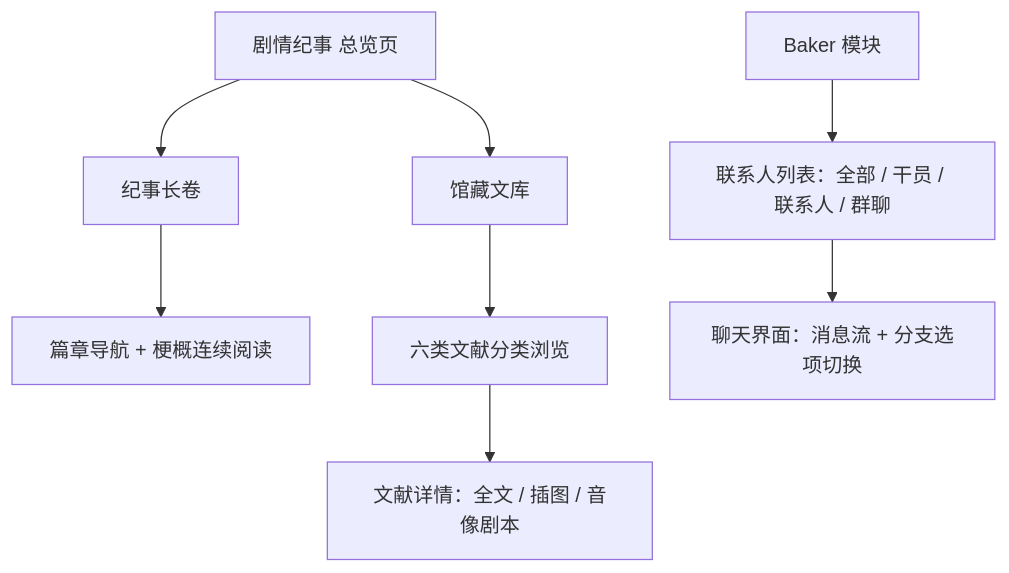
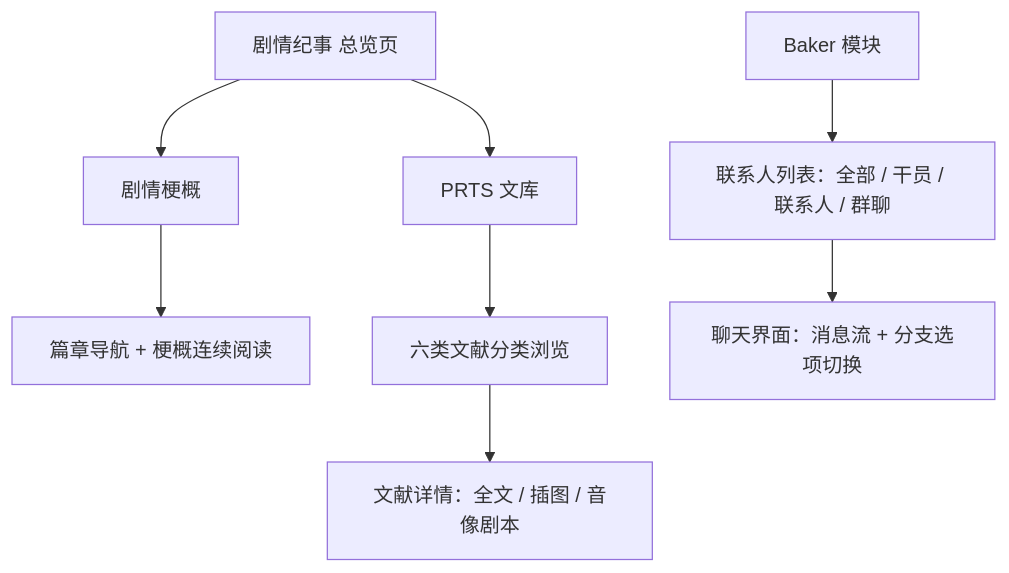
One commit to Deliay/hongshan-archives-bureau changed the first of 2 diagrams in docs/product/draft/20260730-story-chronicle.md. Above: the diagram before and after it, drawn with Mermaid. The commit also changed other lines of this file and 1 other file, not shown here.

````diff
--- a/docs/product/draft/20260730-story-chronicle.md
+++ b/docs/product/draft/20260730-story-chronicle.md
@@ -67,10 +67,10 @@
 ```mermaid
 flowchart TD
-    A[剧情纪事 总览页] --> B[纪事长卷]
-    A --> C[馆藏文库]
+    A[剧情纪事 总览页] --> B[剧情梗概]
+    A --> C[PRTS 文库]
     B --> B1[篇章导航 + 梗概连续阅读]
     C --> C1[六类文献分类浏览]
     C1 --> C2[文献详情：全文 / 插图 / 音像剧本]
     D[Baker 模块] --> D1[联系人列表：全部 / 干员 / 联系人 / 群聊]
     D1 --> D2[聊天界面：消息流 + 分支选项切换]
 ```
````
